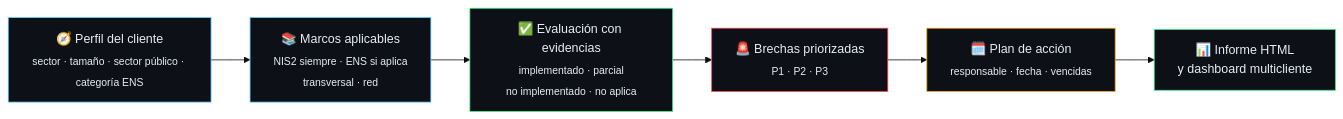
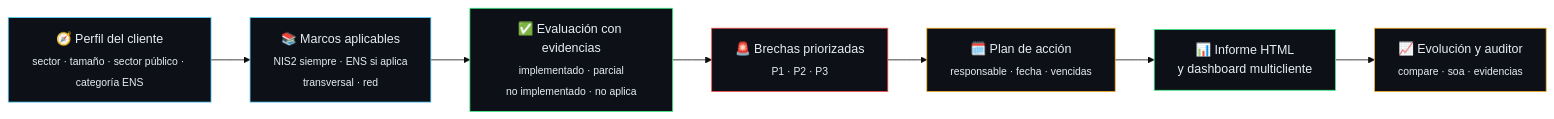
Before and after one commit to pedri77/security-manager-control: the first of 3 diagrams in README.md, drawn with Mermaid (base theme). The commit also changed other lines of this file and 12 other files, not shown here.

First line of the commit message:
T35: integración v0.8 (compare, soa, evidencias, Evolución, régimen transitorio en HTML) y documentación

````diff
--- a/README.md
+++ b/README.md
@@ -47,15 +48,17 @@
 ```mermaid
 flowchart LR
     A["🧭 Perfil del cliente<br/><sub>sector · tamaño · sector público · categoría ENS</sub>"] --> B["📚 Marcos aplicables<br/><sub>NIS2 siempre · ENS si aplica<br/>transversal · red</sub>"]
     B --> C["✅ Evaluación con evidencias<br/><sub>implementado · parcial<br/>no implementado · no aplica</sub>"]
     C --> D["🚨 Brechas priorizadas<br/><sub>P1 · P2 · P3</sub>"]
     D --> E["🗓️ Plan de acción<br/><sub>responsable · fecha · vencidas</sub>"]
     E --> F["📊 Informe HTML<br/>y dashboard multicliente"]
+    F --> G["📈 Evolución y auditor<br/><sub>compare · soa · evidencias</sub>"]
 
     style A fill:#0d1117,stroke:#5ad1ff,color:#e6edf3
     style B fill:#0d1117,stroke:#5ad1ff,color:#e6edf3
     style C fill:#0d1117,stroke:#3cf58a,color:#e6edf3
     style D fill:#0d1117,stroke:#ff4d4d,color:#e6edf3
     style E fill:#0d1117,stroke:#ffb020,color:#e6edf3
     style F fill:#0d1117,stroke:#3cf58a,color:#e6edf3
+    style G fill:#0d1117,stroke:#ffb020,color:#e6edf3
 ```
````
